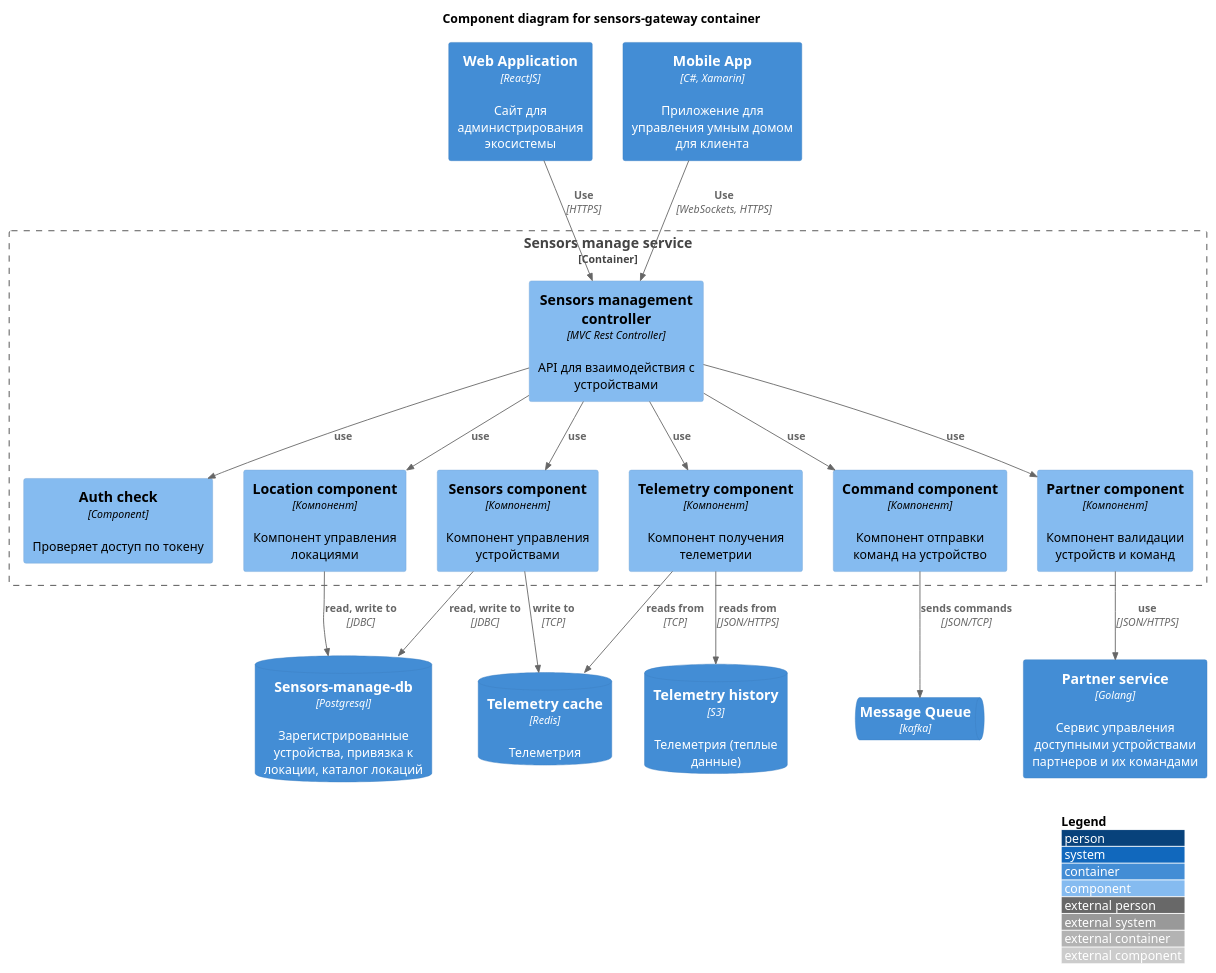
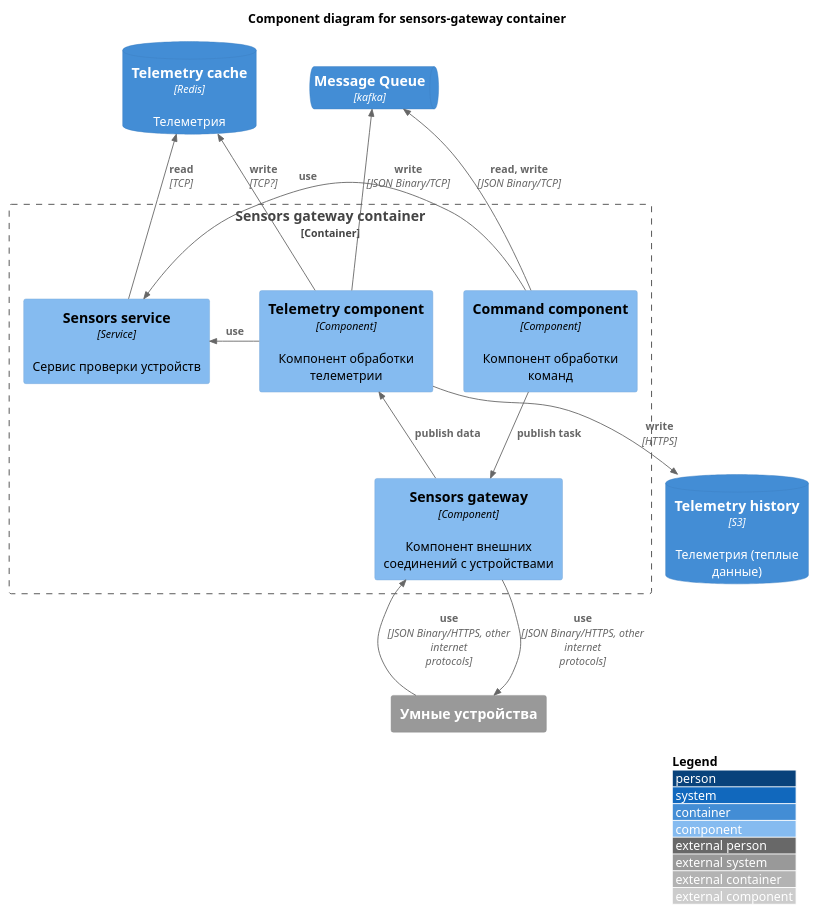
Before and after one commit to annmozer116/warmhouse-golang: the diagram in schemas/component/Smarthome-component-sensors-gateway.puml, drawn with PlantUML. The commit also changed 3 other files, not shown here.

Commit message:
Update Component diagram 3 and fix d1, d2, d0

```diff
--- a/schemas/component/Smarthome-component-sensors-gateway.puml
+++ b/schemas/component/Smarthome-component-sensors-gateway.puml
@@ -1,52 +3,39 @@
 @startuml Smarthome-component-sensors-gateway
 !include https://raw.githubusercontent.com/plantuml-stdlib/C4-PlantUML/master/C4_Component.puml
 ' uncomment the following line and comment the first to use locally
 ' !include C4_Component.puml
-
 LAYOUT_WITH_LEGEND()
+LAYOUT_TOP_DOWN()
 
 title Component diagram for sensors-gateway container
 
-Container(admin_web_app, "Web Application", "ReactJS", "Сайт для администрирования экосистемы")
-Container(mobile_app, "Mobile App", "C#, Xamarin", "Приложение для управления умным домом для клиента")
-
-Container(partner_service, "Partner service", "Golang", "Сервис управления доступными устройствами партнеров и их командами")
-ContainerDb(sensors_manage_service_db, "Sensors-manage-db", "Postgresql", "Зарегистрированные устройства, привязка к локации, каталог локаций")
 ContainerDb(telemetry_cache, "Telemetry cache", "Redis", "Телеметрия")
 ContainerDb(telemetry_history, "Telemetry history", "S3", "Телеметрия (теплые данные)")
 
+System_Ext(sensor, "Умные устройства")
+
 ContainerQueue(smarthome_mq, "Message Queue", "kafka")
 
-Container_Boundary(sensors_manage_service, "Sensors manage service") {
-    Component(auth_check, "Auth check","Component", "Проверяет доступ по токену")
-    Component(sensors_controller, "Sensors management controller", "MVC Rest Controller", "API для взаимодействия с устройствами")
+Container_Boundary(sensors_gw_service, "Sensors gateway container") {
+    Component(sensors_gw,"Sensors gateway", "Component", "Компонент внешних соединений с устройствами")
+    Component(sensors_service,"Sensors service", "Service", "Сервис проверки устройств")
+    Component(telemetry_service,"Telemetry component", "Component", "Компонент обработки телеметрии")
+    Component(command_service,"Command component", "Component", "Компонент обработки команд")
+}
+Rel_U(command_service, smarthome_mq, "read, write", "JSON Binary/TCP")
 
-    Component(sensors_service, "Sensors component", "Компонент", "Компонент управления устройствами")
-    Component(location_service, "Location component", "Компонент", "Компонент управления локациями")
-    Component(telemetry_service, "Telemetry component", "Компонент", "Компонент получения телеметрии")
-    Component(command_service, "Command component", "Компонент", "Компонент отправки команд на устройство")
-    Component(partner_component, "Partner component", "Компонент", "Компонент валидации устройств и команд")
+Rel_U(telemetry_service, smarthome_mq, "write", "JSON Binary/TCP")
+Rel(telemetry_service, telemetry_cache, "write", "TCP?")
+Rel(telemetry_service, telemetry_history, "write", "HTTPS")
 
-}
-Rel(mobile_app, sensors_controller, "Use", "WebSockets, HTTPS")
-Rel(admin_web_app, sensors_controller, "Use", "HTTPS")
+Rel_Neighbor(command_service, sensors_service, "use")
+Rel_Neighbor(telemetry_service, sensors_service, "use")
+Rel_U(sensors_service, telemetry_cache, "read", "TCP")
 
+Rel(command_service, sensors_gw, "publish task")
+Rel_U(sensors_gw, telemetry_service, "publish data")
 
-Rel(sensors_controller, sensors_service, "use")
-Rel(sensors_controller, location_service, "use")
-Rel(sensors_controller, telemetry_service, "use")
-Rel(sensors_controller, command_service, "use")
-Rel(sensors_controller, auth_check, "use")
-Rel(sensors_controller, partner_component, "use")
-
-Rel(partner_component, partner_service, "use", "JSON/HTTPS")
-
-Rel(sensors_service, sensors_manage_service_db, "read, write to", "JDBC")
-Rel(sensors_service, telemetry_cache, "write to", "TCP")
-
-Rel(location_service, sensors_manage_service_db, "read, write to", "JDBC")
-Rel(telemetry_service, telemetry_cache, "reads from", "TCP")
-Rel(telemetry_service, telemetry_history, "reads from", "JSON/HTTPS")
-Rel(command_service, smarthome_mq, "sends commands", "JSON/TCP")
+Rel_U(sensor, sensors_gw, "use", "JSON Binary/HTTPS, other internet protocols")
+Rel_D(sensors_gw, sensor, "use", "JSON Binary/HTTPS, other internet protocols")
 
 @enduml
```
